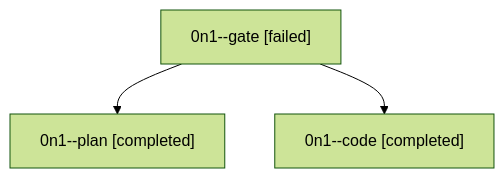
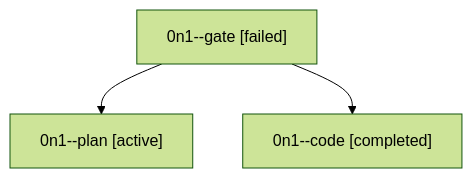
Before and after one commit to sase-org/sase--agents: the diagram in families/bbugyi200.athena.0n1.md, drawn with Mermaid (forest theme). The commit also changed other lines of this file and 35830 other files, not shown here.

````diff
--- a/families/bbugyi200.athena.0n1.md
+++ b/families/bbugyi200.athena.0n1.md
@@ -9,8 +9,8 @@
 ```mermaid
 flowchart TD
   n0["0n1--gate [failed]"]
-  n1["0n1--plan [completed]"]
+  n1["0n1--plan [active]"]
   n0 --> n1
   n2["0n1--code [completed]"]
   n0 --> n2
 ```
````
